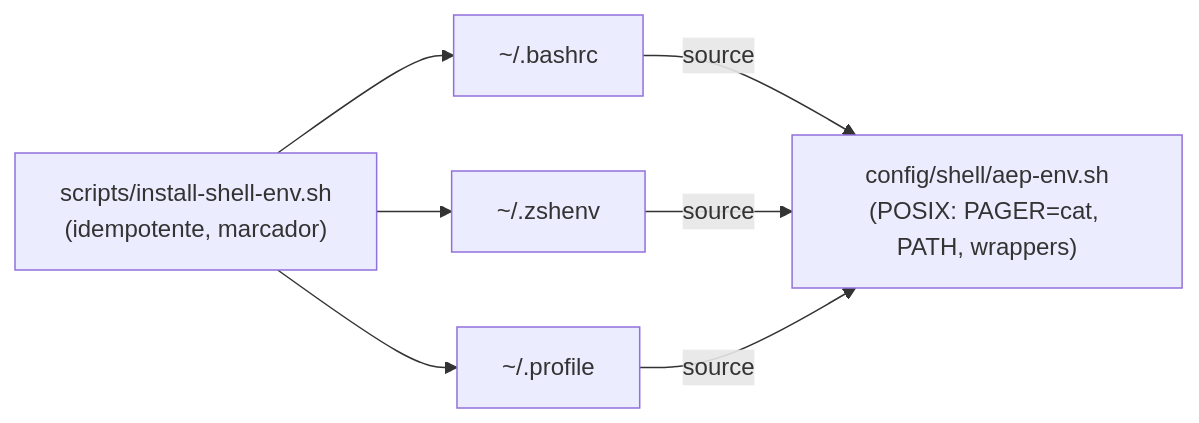
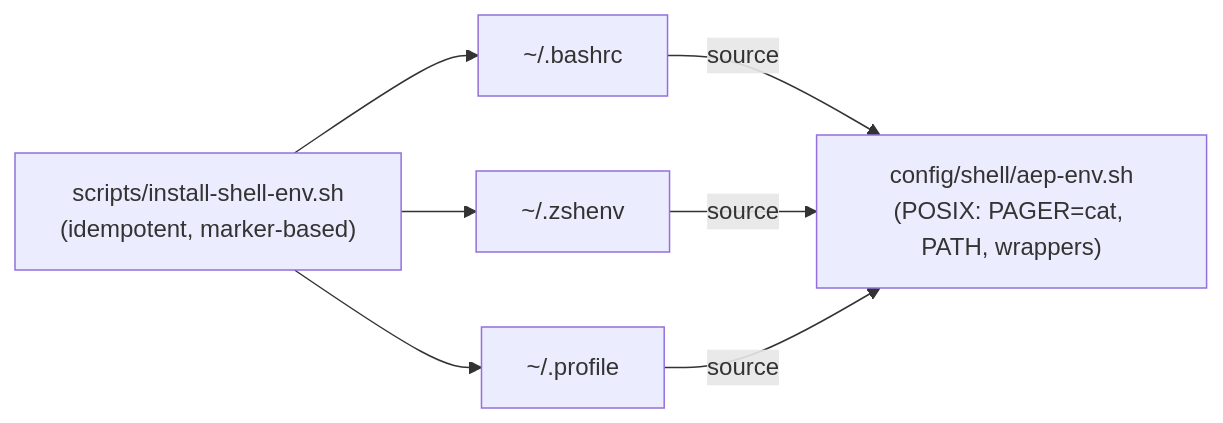
Before and after one commit to ancrz/agent-execution-plane: diagram 14 of 16 in README.md, drawn with Mermaid. The commit also changed other lines of this file, not shown here.

Commit message:
docs(readme): translate entire specification to English and fix Mermaid diagram syntax errors

````diff
--- a/README.md
+++ b/README.md
@@ -837,9 +790,9 @@
 ```mermaid
 flowchart LR
     Env["config/shell/aep-env.sh<br/>(POSIX: PAGER=cat, PATH, wrappers)"]
-    Install["scripts/install-shell-env.sh<br/>(idempotente, marcador)"]
+    Install["scripts/install-shell-env.sh<br/>(idempotent, marker-based)"]
     Install --> B["~/.bashrc"]
     Install --> Z["~/.zshenv"]
     Install --> P["~/.profile"]
     B & Z & P -->|source| Env
 ```
````
